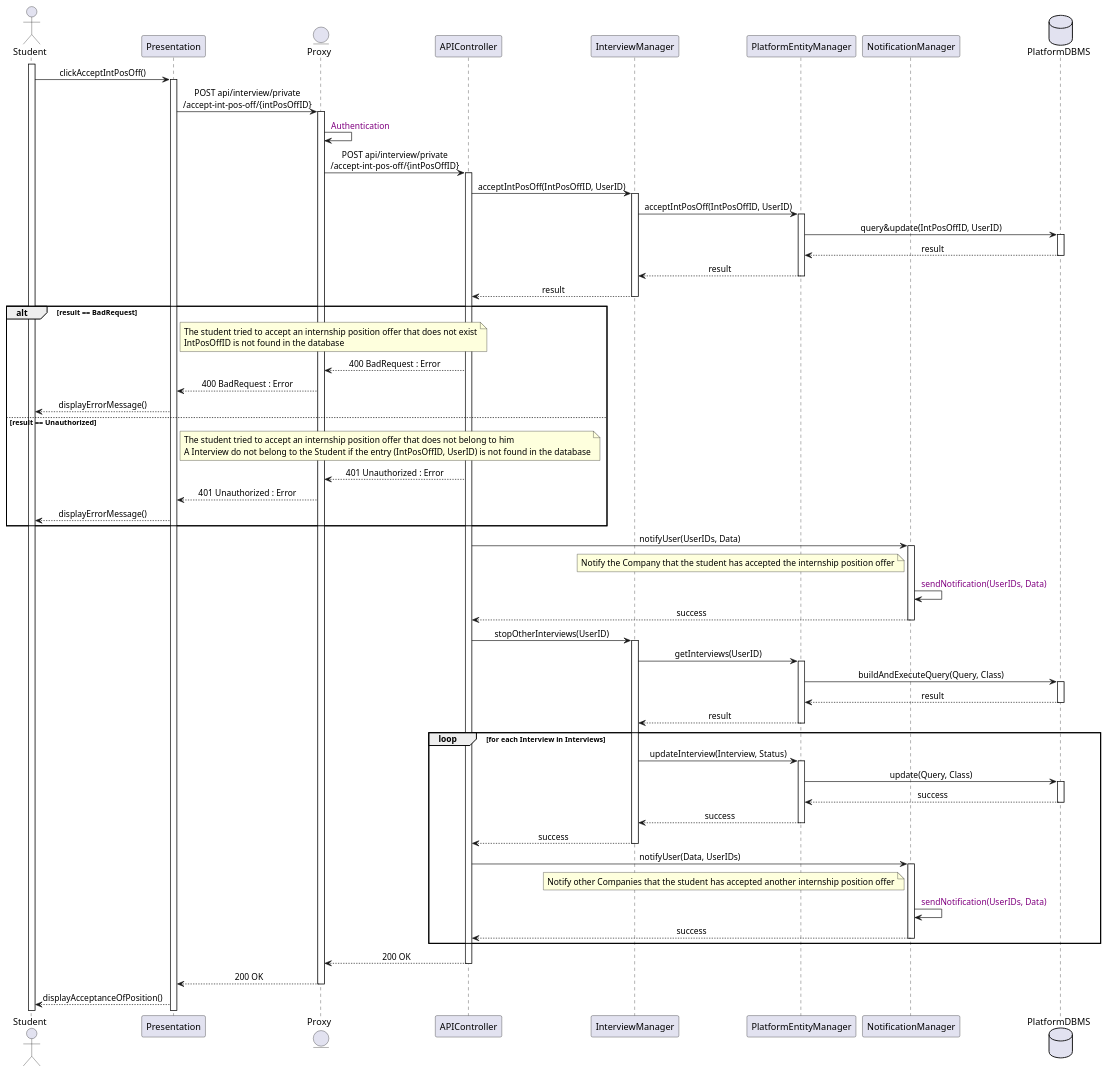
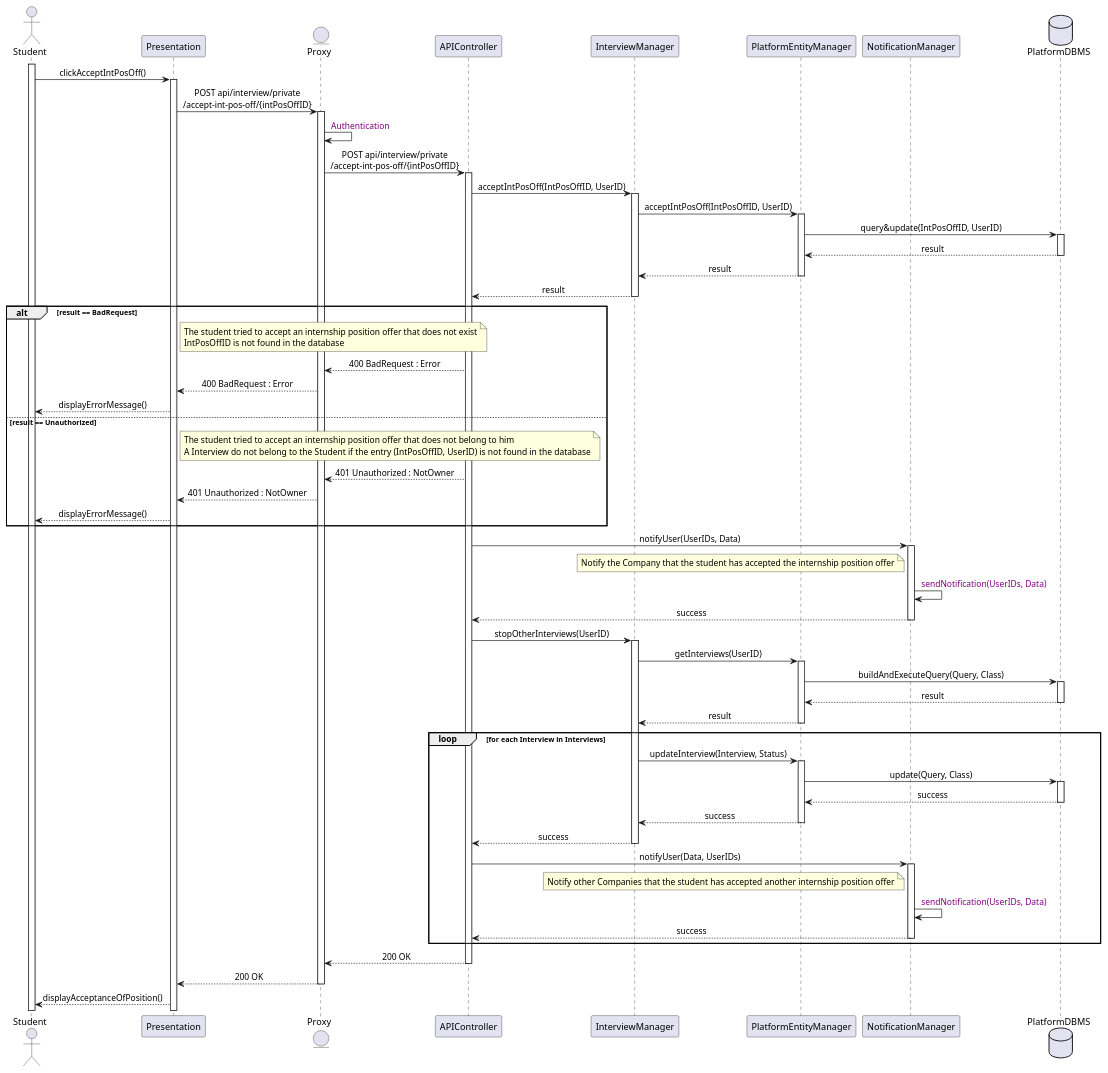
One commit to Slaitroc/RicciPaoliGrisoni changed the diagram in Diagrams/SequenceDiagrams/DD/22StudentAcceptsInternshipPositionOffer.wsd. Above: the diagram before and after it, drawn with PlantUML.

Commit message:
Update sequence diagram for student accepting internship position offer to reflect correct error status code

```diff
--- a/Diagrams/SequenceDiagrams/DD/22StudentAcceptsInternshipPositionOffer.wsd
+++ b/Diagrams/SequenceDiagrams/DD/22StudentAcceptsInternshipPositionOffer.wsd
@@ -1,94 +1,94 @@
 @startuml 22StudentAcceptsInternshipPositionOffer
 skinparam sequenceMessageAlign center
 
 actor       Student
 participant Presentation
 entity Proxy
 participant APIController
 participant InterviewManager
 participant PlatformEntityManager
 participant NotificationManager
 database PlatformDBMS
 
 activate Student
 Student -> Presentation : clickAcceptIntPosOff()
 activate Presentation
 Presentation -> Proxy : POST api/interview/private\n/accept-int-pos-off/{intPosOffID}
 activate Proxy
 Proxy -> Proxy : <color:purple> Authentication
 Proxy -> APIController : POST api/interview/private\n/accept-int-pos-off/{intPosOffID}
 activate APIController
 '? I did not understand the isOwner(InterviewID, StudentID) method. I will assume that the student is the owner of the internship position offer.
 APIController -> InterviewManager : acceptIntPosOff(IntPosOffID, UserID)
 activate InterviewManager
 InterviewManager -> PlatformEntityManager : acceptIntPosOff(IntPosOffID, UserID)
 activate PlatformEntityManager
 PlatformEntityManager -> PlatformDBMS : query&update(IntPosOffID, UserID)
 activate PlatformDBMS
 PlatformDBMS --> PlatformEntityManager : result
 deactivate PlatformDBMS
 PlatformEntityManager --> InterviewManager : result
 deactivate PlatformEntityManager
 InterviewManager --> APIController : result
 deactivate InterviewManager
 alt result == BadRequest
     note right of Presentation
         The student tried to accept an internship position offer that does not exist
         IntPosOffID is not found in the database
     end note
     APIController --> Proxy : 400 BadRequest : Error
     Proxy --> Presentation : 400 BadRequest : Error
     Presentation --> Student : displayErrorMessage()
 else result == Unauthorized
     note right of Presentation
         The student tried to accept an internship position offer that does not belong to him
         A Interview do not belong to the Student if the entry (IntPosOffID, UserID) is not found in the database
     end note
-    APIController --> Proxy : 401 Unauthorized : Error
-    Proxy --> Presentation : 401 Unauthorized : Error
+    APIController --> Proxy : 401 Unauthorized : NotOwner
+    Proxy --> Presentation : 401 Unauthorized : NotOwner
     Presentation --> Student : displayErrorMessage()
 end
 APIController -> NotificationManager : notifyUser(UserIDs, Data)
 activate NotificationManager
 note left of NotificationManager
     Notify the Company that the student has accepted the internship position offer
 end note
 NotificationManager -> NotificationManager : <color:purple> sendNotification(UserIDs, Data)
 NotificationManager --> APIController : success
 deactivate NotificationManager
 APIController -> InterviewManager : stopOtherInterviews(UserID)
 activate InterviewManager
 InterviewManager -> PlatformEntityManager : getInterviews(UserID)
 activate PlatformEntityManager
 PlatformEntityManager -> PlatformDBMS : buildAndExecuteQuery(Query, Class)
 activate PlatformDBMS
 PlatformDBMS --> PlatformEntityManager : result
 deactivate PlatformDBMS
 PlatformEntityManager --> InterviewManager : result
 deactivate PlatformEntityManager
 loop for each Interview in Interviews
     InterviewManager -> PlatformEntityManager : updateInterview(Interview, Status)
     activate PlatformEntityManager
     PlatformEntityManager -> PlatformDBMS : update(Query, Class)
     activate PlatformDBMS
     PlatformDBMS --> PlatformEntityManager : success
     deactivate PlatformDBMS
     PlatformEntityManager --> InterviewManager : success
     deactivate PlatformEntityManager
     InterviewManager --> APIController : success
     deactivate InterviewManager
     APIController -> NotificationManager : notifyUser(Data, UserIDs)
     activate NotificationManager
     note left of NotificationManager
         Notify other Companies that the student has accepted another internship position offer
     end note
     NotificationManager -> NotificationManager : <color:purple> sendNotification(UserIDs, Data)
     NotificationManager --> APIController : success
     deactivate NotificationManager
 end
 APIController --> Proxy : 200 OK
 deactivate APIController
 Proxy --> Presentation : 200 OK
 deactivate Proxy
 Presentation --> Student : displayAcceptanceOfPosition()
 @enduml
```
